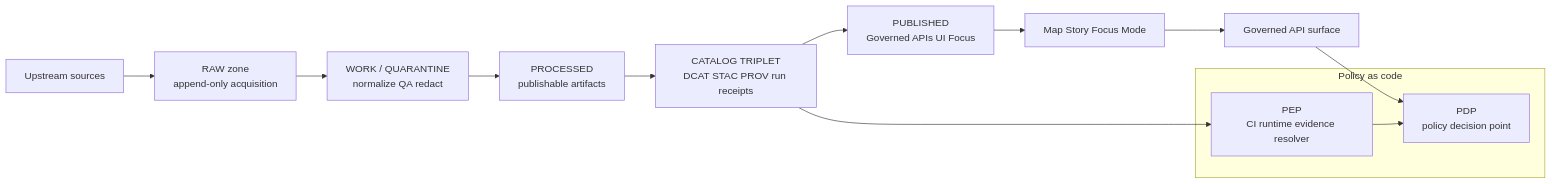
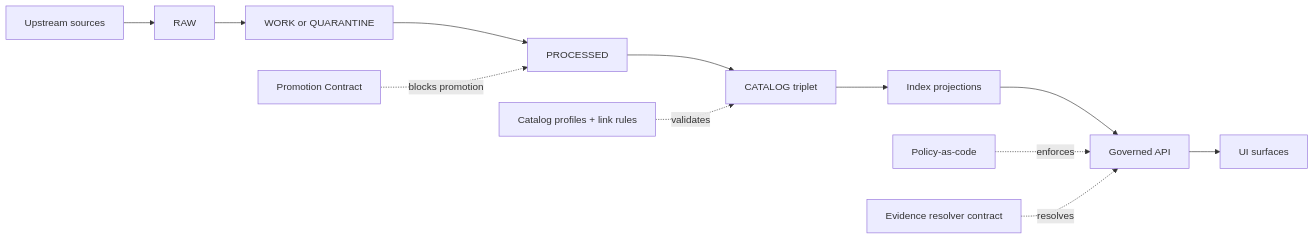
One commit to bartytime4life/Kansas-Frontier-Matrix changed the diagram in contracts/README.md. Above: the diagram before and after it, drawn with Mermaid. The commit also changed other lines of this file, not shown here.

````diff
--- a/contracts/README.md
+++ b/contracts/README.md
@@ -40,19 +115,15 @@
 ```mermaid
 flowchart LR
-  A[Upstream sources] --> R[RAW zone\nappend-only acquisition]
-  R --> W[WORK / QUARANTINE\nnormalize QA redact]
-  W --> P[PROCESSED\npublishable artifacts]
-  P --> T[CATALOG TRIPLET\nDCAT STAC PROV run receipts]
-  T --> U[PUBLISHED\nGoverned APIs UI Focus]
+  S[Upstream sources] --> R[RAW]
+  R --> W[WORK or QUARANTINE]
+  W --> P[PROCESSED]
+  P --> C[CATALOG triplet]
+  C --> I[Index projections]
+  I --> A[Governed API]
+  A --> U[UI surfaces]
 
-  subgraph Policy["Policy as code"]
-    PDP[PDP\npolicy decision point]
-    PEP[PEP\nCI runtime evidence resolver]
-  end
-
-  U --> UI[Map Story Focus Mode]
-  UI --> API[Governed API surface]
-  API --> PDP
-  T --> PEP
-  PEP --> PDP
+  PC[Promotion Contract] -. blocks promotion .-> P
+  CP[Catalog profiles + link rules] -. validates .-> C
+  PO[Policy-as-code] -. enforces .-> A
+  ER[Evidence resolver contract] -. resolves .-> A
 ```
````
